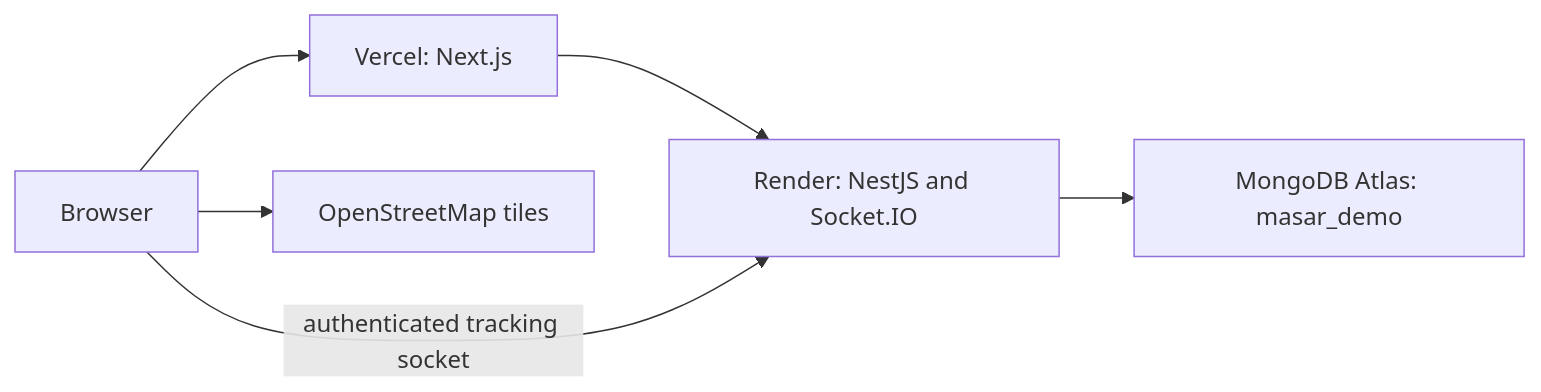
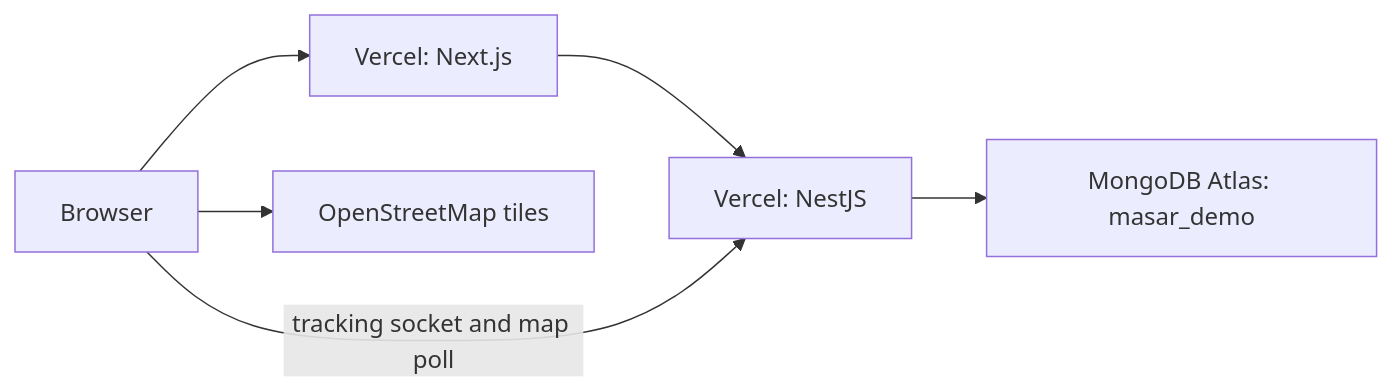
Before and after one commit to hazem-e99/masar: the diagram in README.md, drawn with Mermaid. The commit also changed other lines of this file and 9 other files, not shown here.

Commit message:
Run the API on Vercel and keep the demo moving between requests.

````diff
--- a/README.md
+++ b/README.md
@@ -29,14 +29,14 @@
 ```mermaid
 flowchart LR
   browser[Browser]
-  vercel[Vercel: Next.js]
-  render[Render: NestJS and Socket.IO]
+  web[Vercel: Next.js]
+  api[Vercel: NestJS]
   atlas[MongoDB Atlas: masar_demo]
   osm[OpenStreetMap tiles]
 
-  browser --> vercel
-  vercel --> render
-  render --> atlas
-  browser -->|authenticated tracking socket| render
+  browser --> web
+  web --> api
+  api --> atlas
+  browser -->|tracking socket and map poll| api
   browser --> osm
 ```
````
